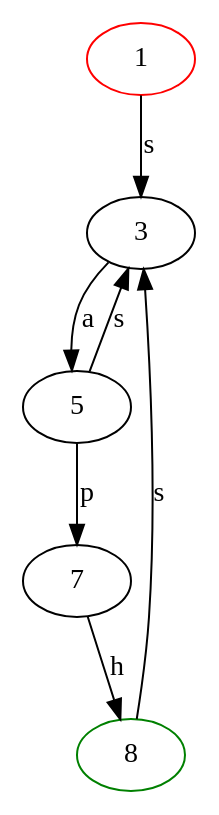
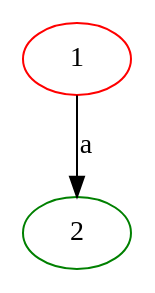
One commit to aboubacardiawara/DAAR changed the diagram in tme1/regex/derministicAutomate.dot. Above: the diagram before and after it, drawn with Graphviz. The commit also changed 2 other files, not shown here.

```diff
--- a/tme1/regex/derministicAutomate.dot
+++ b/tme1/regex/derministicAutomate.dot
@@ -1,11 +1,5 @@
 digraph {
 	1 [color="red"]
-	1 -> 3 [label="s"]
-	3 -> 5 [label="a"]
-	5 -> 7 [label="p"]
-	8 [color="green"]
-	7 -> 8 [label="h"]
-	8 [color="green"]
-	8 -> 3 [label="s"]
-	5 -> 3 [label="s"]
+	1 -> 2 [label="a"]
+	2 [color="green"]
 }
```
